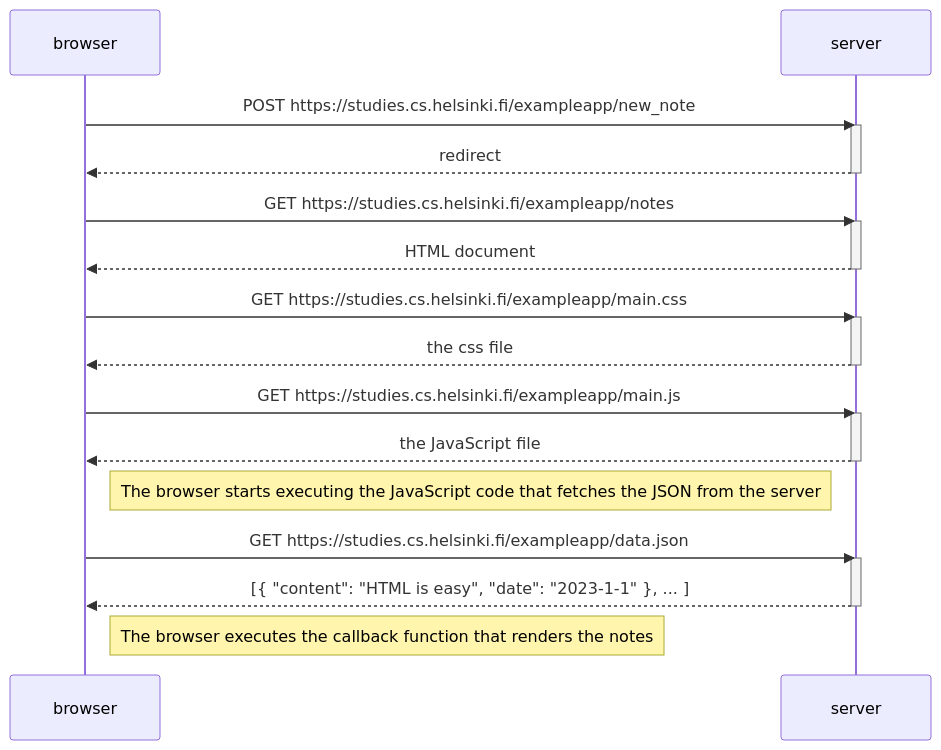
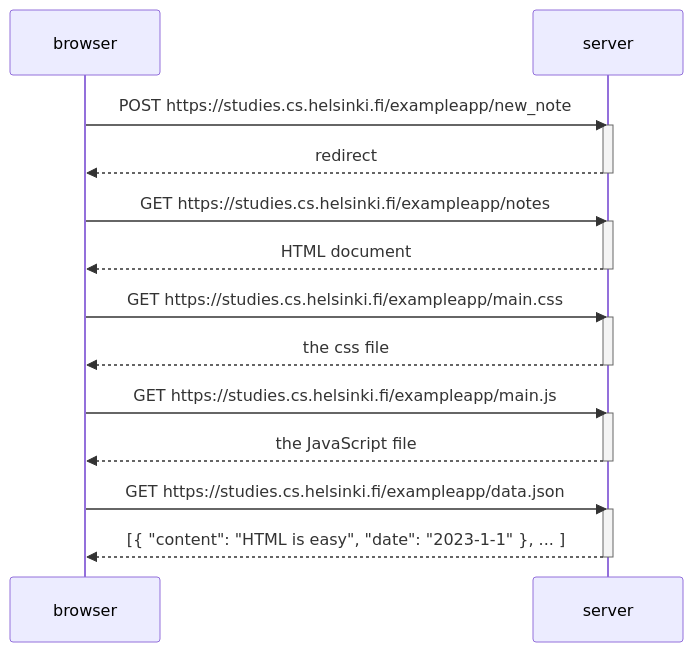
Before and after one commit to mankeli86/FullStackOpen23: the diagram in osa0/0.4.md, drawn with Mermaid.

````diff
--- a/osa0/0.4.md
+++ b/osa0/0.4.md
@@ -1,34 +1,30 @@
 ```mermaid
 sequenceDiagram
     participant browser
     participant server
     
     browser->>server: POST https://studies.cs.helsinki.fi/exampleapp/new_note
     activate server
     server-->>browser: redirect
     deactivate server
     
     browser->>server: GET https://studies.cs.helsinki.fi/exampleapp/notes
     activate server
     server-->>browser: HTML document
     deactivate server
     
     browser->>server: GET https://studies.cs.helsinki.fi/exampleapp/main.css
     activate server
     server-->>browser: the css file
     deactivate server
     
     browser->>server: GET https://studies.cs.helsinki.fi/exampleapp/main.js
     activate server
     server-->>browser: the JavaScript file
     deactivate server
     
-    Note right of browser: The browser starts executing the JavaScript code that fetches the JSON from the server
-    
     browser->>server: GET https://studies.cs.helsinki.fi/exampleapp/data.json
     activate server
     server-->>browser: [{ "content": "HTML is easy", "date": "2023-1-1" }, ... ]
-    deactivate server    
-
-    Note right of browser: The browser executes the callback function that renders the notes
+    deactivate server
 ``` 
````
